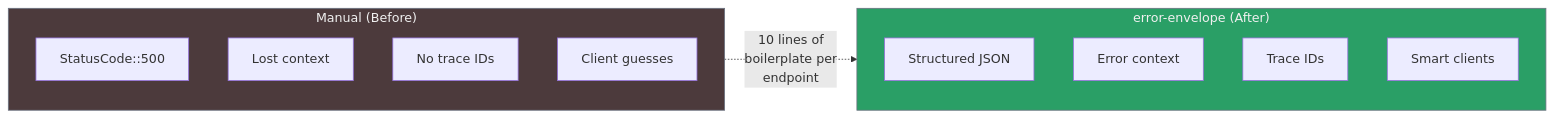
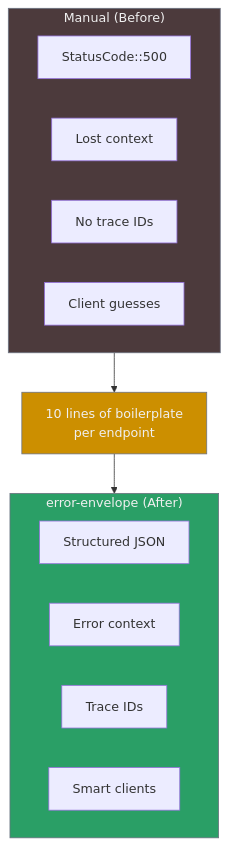
Before and after one commit to blackwell-systems/error-envelope: diagram 12 of 12 in ARCHITECTURE.md, drawn with Mermaid. The commit also changed other lines of this file, not shown here.

Commit message:
Change final diagram to vertical layout
Updated manual vs error-envelope comparison diagram to flow
top-to-bottom with intermediate transformation node for better
visual clarity.

````diff
--- a/ARCHITECTURE.md
+++ b/ARCHITECTURE.md
@@ -672,21 +672,25 @@
 ```mermaid
-flowchart LR
+flowchart TB
     subgraph manual["Manual (Before)"]
         m1["StatusCode::500"]
         m2["Lost context"]
         m3["No trace IDs"]
         m4["Client guesses"]
     end
+
+    arrow["10 lines of boilerplate<br/>per endpoint"]
 
     subgraph envelope["error-envelope (After)"]
         e1["Structured JSON"]
         e2["Error context"]
         e3["Trace IDs"]
         e4["Smart clients"]
     end
 
-    manual -.->|"10 lines of<br/>boilerplate per<br/>endpoint"| envelope
+    manual --> arrow
+    arrow --> envelope
 
     style manual fill:#4C3A3C,stroke:#6b7280,color:#f0f0f0
     style envelope fill:#2A9F66,stroke:#6b7280,color:#f0f0f0
+    style arrow fill:#CC8F00,stroke:#6b7280,color:#f0f0f0
 ```
````
